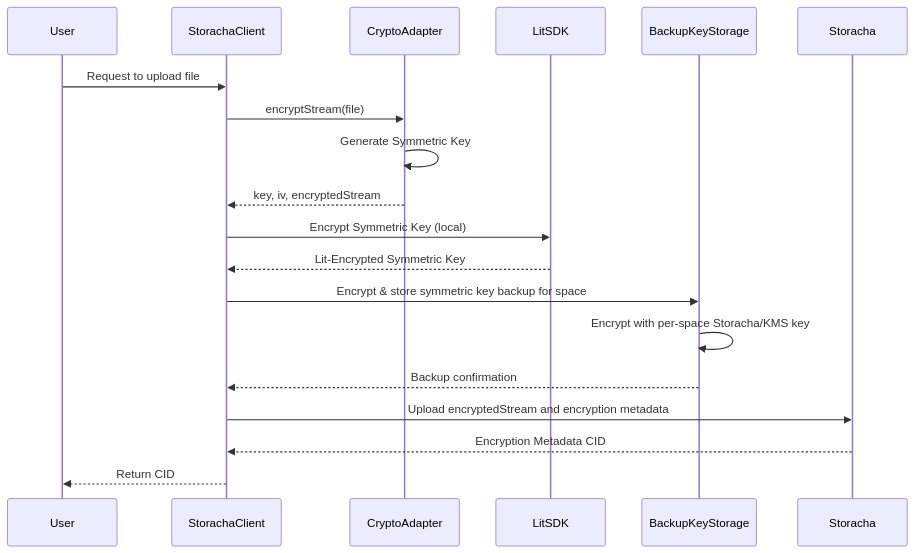
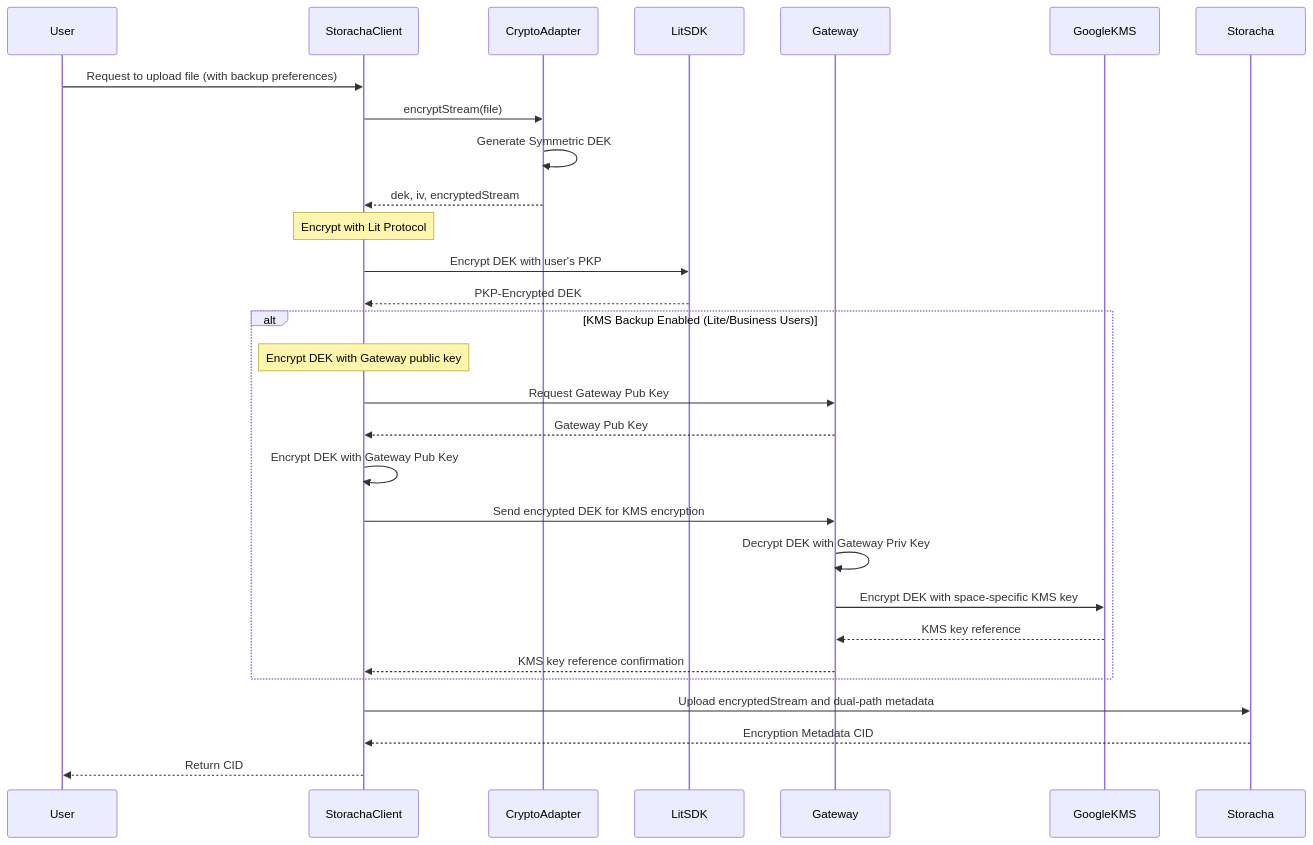
Before and after one commit to storacha/RFC: the second of 5 diagrams in client-side-encryption.md, drawn with Mermaid. The commit also changed other lines of this file, not shown here.

````diff
--- a/client-side-encryption.md
+++ b/client-side-encryption.md
@@ -202,22 +669,35 @@
 ```mermaid
 sequenceDiagram
     participant User
     participant StorachaClient
     participant CryptoAdapter
     participant LitSDK
-    participant BackupKeyStorage
+    participant Gateway
+    participant GoogleKMS
     participant Storacha
 
-    User->>StorachaClient: Request to upload file
+    User->>StorachaClient: Request to upload file (with backup preferences)
     StorachaClient->>CryptoAdapter: encryptStream(file)
-    CryptoAdapter->>CryptoAdapter: Generate Symmetric Key
-    CryptoAdapter-->>StorachaClient: key, iv, encryptedStream
-    StorachaClient->>LitSDK: Encrypt Symmetric Key (local)
-    LitSDK-->>StorachaClient: Lit-Encrypted Symmetric Key
-    StorachaClient->>BackupKeyStorage: Encrypt & store symmetric key backup for space
-    BackupKeyStorage->>BackupKeyStorage: Encrypt with per-space Storacha/KMS key
-    BackupKeyStorage-->>StorachaClient: Backup confirmation
-    StorachaClient->>Storacha: Upload encryptedStream and encryption metadata
+    CryptoAdapter->>CryptoAdapter: Generate Symmetric DEK
+    CryptoAdapter-->>StorachaClient: dek, iv, encryptedStream
+
+    Note over StorachaClient: Encrypt with Lit Protocol
+    StorachaClient->>LitSDK: Encrypt DEK with user's PKP
+    LitSDK-->>StorachaClient: PKP-Encrypted DEK
+
+    alt KMS Backup Enabled (Lite/Business Users)
+        Note over StorachaClient: Encrypt DEK with Gateway public key
+        StorachaClient->>Gateway: Request Gateway Pub Key
+        Gateway-->>StorachaClient: Gateway Pub Key
+        StorachaClient->>StorachaClient: Encrypt DEK with Gateway Pub Key
+        StorachaClient->>Gateway: Send encrypted DEK for KMS encryption
+        Gateway->>Gateway: Decrypt DEK with Gateway Priv Key
+        Gateway->>GoogleKMS: Encrypt DEK with space-specific KMS key
+        GoogleKMS-->>Gateway: KMS key reference
+        Gateway-->>StorachaClient: KMS key reference confirmation
+    end
+
+    StorachaClient->>Storacha: Upload encryptedStream and dual-path metadata
     Storacha-->>StorachaClient: Encryption Metadata CID
     StorachaClient-->>User: Return CID
 ```
````
